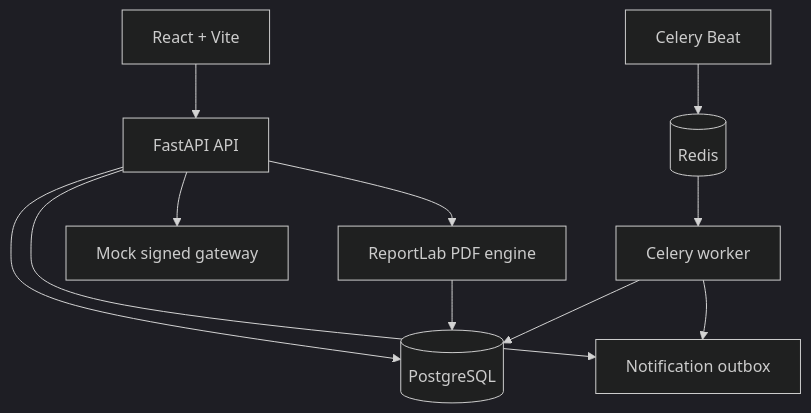
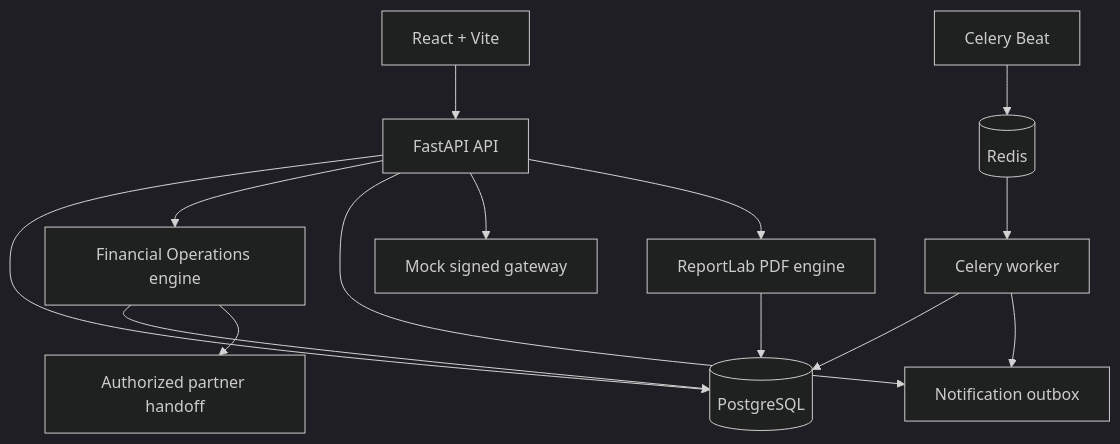
Before and after one commit to Yashovardhan47/AI_finance_manage_system_AI: the first of 3 diagrams in docs/ARCHITECTURE.md, drawn with Mermaid (dark theme). The commit also changed other lines of this file and 20 other files, not shown here.

Commit message:
Add Financial Operations OS foundation

````diff
--- a/docs/ARCHITECTURE.md
+++ b/docs/ARCHITECTURE.md
@@ -14,13 +15,16 @@
 ```mermaid
 flowchart TB
     UI[React + Vite] --> API[FastAPI API]
     API --> DB[(PostgreSQL)]
+    API --> OPS[Financial Operations engine]
+    OPS --> DB
+    OPS --> HANDOFF[Authorized partner handoff]
     API --> OUT[Notification outbox]
     API --> GW[Mock signed gateway]
     BEAT[Celery Beat] --> REDIS[(Redis)]
     REDIS --> WORKER[Celery worker]
     WORKER --> DB
     WORKER --> OUT
     API --> PDF[ReportLab PDF engine]
     PDF --> DB
 ```
````
